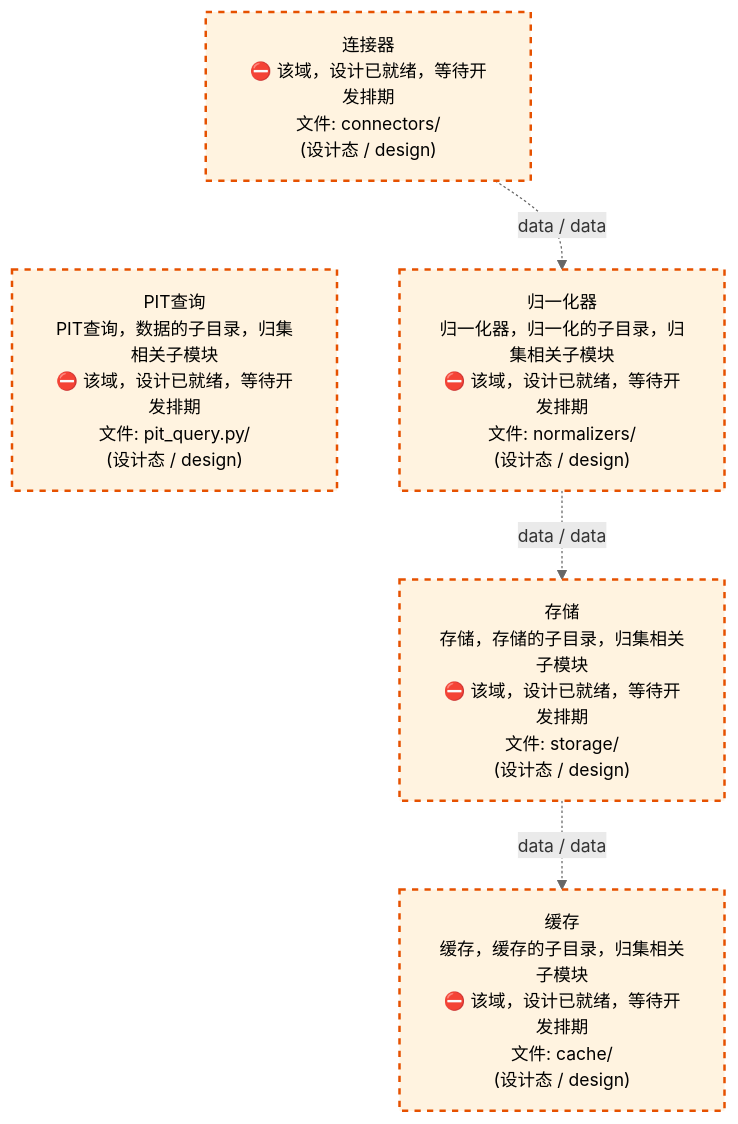
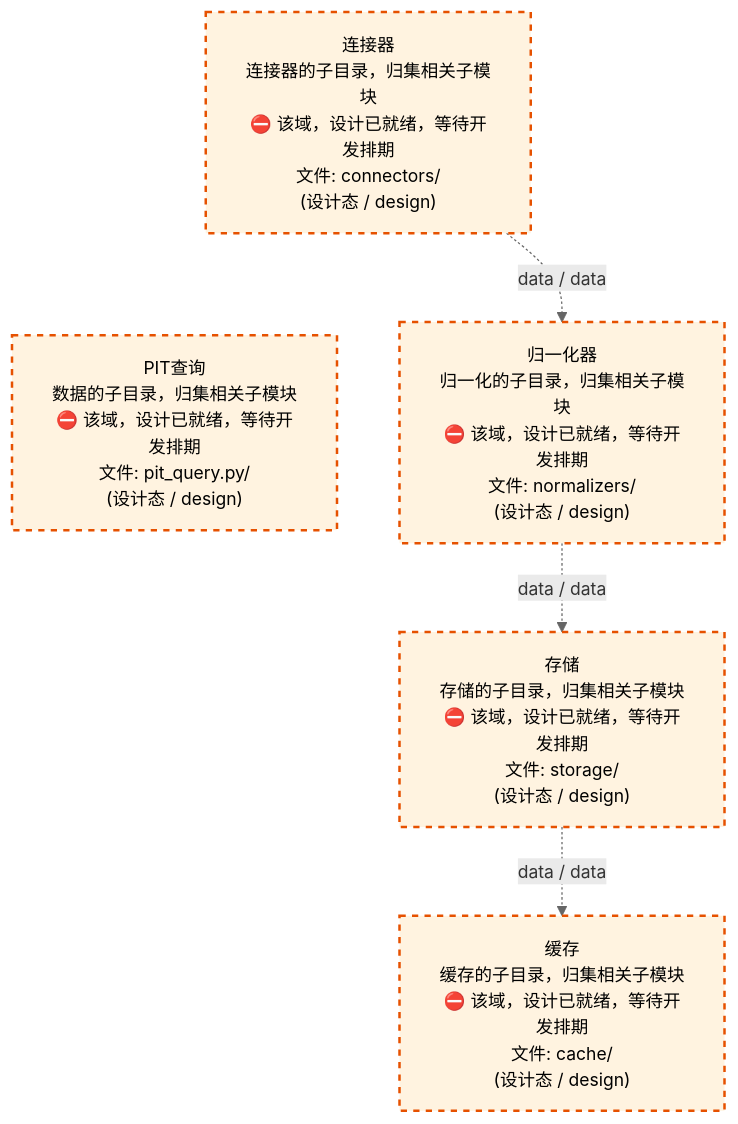
The third of 4 diagrams in docs/02_enterprise_architecture/02_domain_architecture_docs/11_d_data.md (xuanFelixVan/ZephyrAlpha), drawn with Mermaid before and after one commit. The commit also changed other lines of this file and 60 other files, not shown here.

````diff
--- a/docs/02_enterprise_architecture/02_domain_architecture_docs/11_d_data.md
+++ b/docs/02_enterprise_architecture/02_domain_architecture_docs/11_d_data.md
@@ -1293,18 +1293,18 @@
 ```mermaid
 %%{init: {'theme': 'base', 'themeVariables': {'primaryColor': '#eaeaea', 'primaryTextColor': '#333333', 'primaryBorderColor': '#666666', 'lineColor': '#666666', 'secondaryColor': '#eaeaea', 'tertiaryColor': '#eaeaea', 'fontSize': '14px'}}}%%
 flowchart TD
-    src_zephyr_data_connectors["连接器<br/>⛔ 该域，设计已就绪，等待开发排期<br/>文件: connectors/<br/>(设计态 / design)"]
-    src_zephyr_data_pit_query_py["PIT查询<br/>PIT查询，数据的子目录，归集相关子模块<br/>⛔ 该域，设计已就绪，等待开发排期<br/>文件: pit_query.py/<br/>(设计态 / design)"]
+    src_zephyr_data_connectors["连接器<br/>连接器的子目录，归集相关子模块<br/>⛔ 该域，设计已就绪，等待开发排期<br/>文件: connectors/<br/>(设计态 / design)"]
+    src_zephyr_data_pit_query_py["PIT查询<br/>数据的子目录，归集相关子模块<br/>⛔ 该域，设计已就绪，等待开发排期<br/>文件: pit_query.py/<br/>(设计态 / design)"]
     src_zephyr_data_connectors ~~~ src_zephyr_data_pit_query_py
-    src_zephyr_data_normalizers["归一化器<br/>归一化器，归一化的子目录，归集相关子模块<br/>⛔ 该域，设计已就绪，等待开发排期<br/>文件: normalizers/<br/>(设计态 / design)"]
-    src_zephyr_data_storage["存储<br/>存储，存储的子目录，归集相关子模块<br/>⛔ 该域，设计已就绪，等待开发排期<br/>文件: storage/<br/>(设计态 / design)"]
-    src_zephyr_data_cache["缓存<br/>缓存，缓存的子目录，归集相关子模块<br/>⛔ 该域，设计已就绪，等待开发排期<br/>文件: cache/<br/>(设计态 / design)"]
+    src_zephyr_data_normalizers["归一化器<br/>归一化的子目录，归集相关子模块<br/>⛔ 该域，设计已就绪，等待开发排期<br/>文件: normalizers/<br/>(设计态 / design)"]
+    src_zephyr_data_storage["存储<br/>存储的子目录，归集相关子模块<br/>⛔ 该域，设计已就绪，等待开发排期<br/>文件: storage/<br/>(设计态 / design)"]
+    src_zephyr_data_cache["缓存<br/>缓存的子目录，归集相关子模块<br/>⛔ 该域，设计已就绪，等待开发排期<br/>文件: cache/<br/>(设计态 / design)"]
     src_zephyr_data_connectors -.->|data / data| src_zephyr_data_normalizers
     src_zephyr_data_normalizers -.->|data / data| src_zephyr_data_storage
     src_zephyr_data_storage -.->|data / data| src_zephyr_data_cache
     classDef production fill:#e1f5fe,stroke:#01579b,stroke-width:2px,color:#000
     classDef design fill:#fff3e0,stroke:#e65100,stroke-width:2px,color:#000,stroke-dasharray: 5 5
     classDef external_prod fill:#e8f4fd,stroke:#0277bd,stroke-width:1px,color:#000
     classDef external_design fill:#fff8e7,stroke:#ef6c00,stroke-width:1px,color:#000,stroke-dasharray: 5 5
     class src_zephyr_data_cache,src_zephyr_data_connectors,src_zephyr_data_normalizers,src_zephyr_data_pit_query_py,src_zephyr_data_storage design
 ```
````
